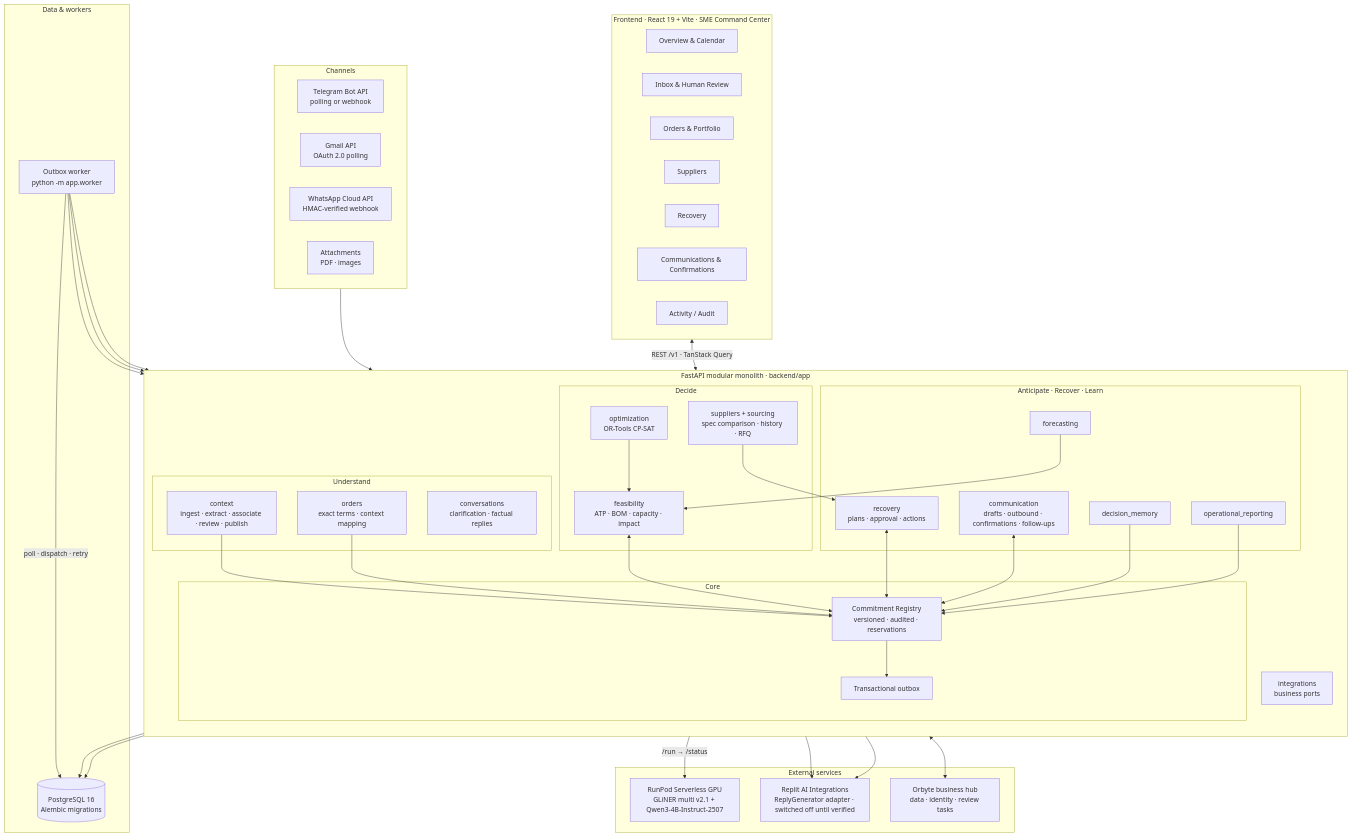
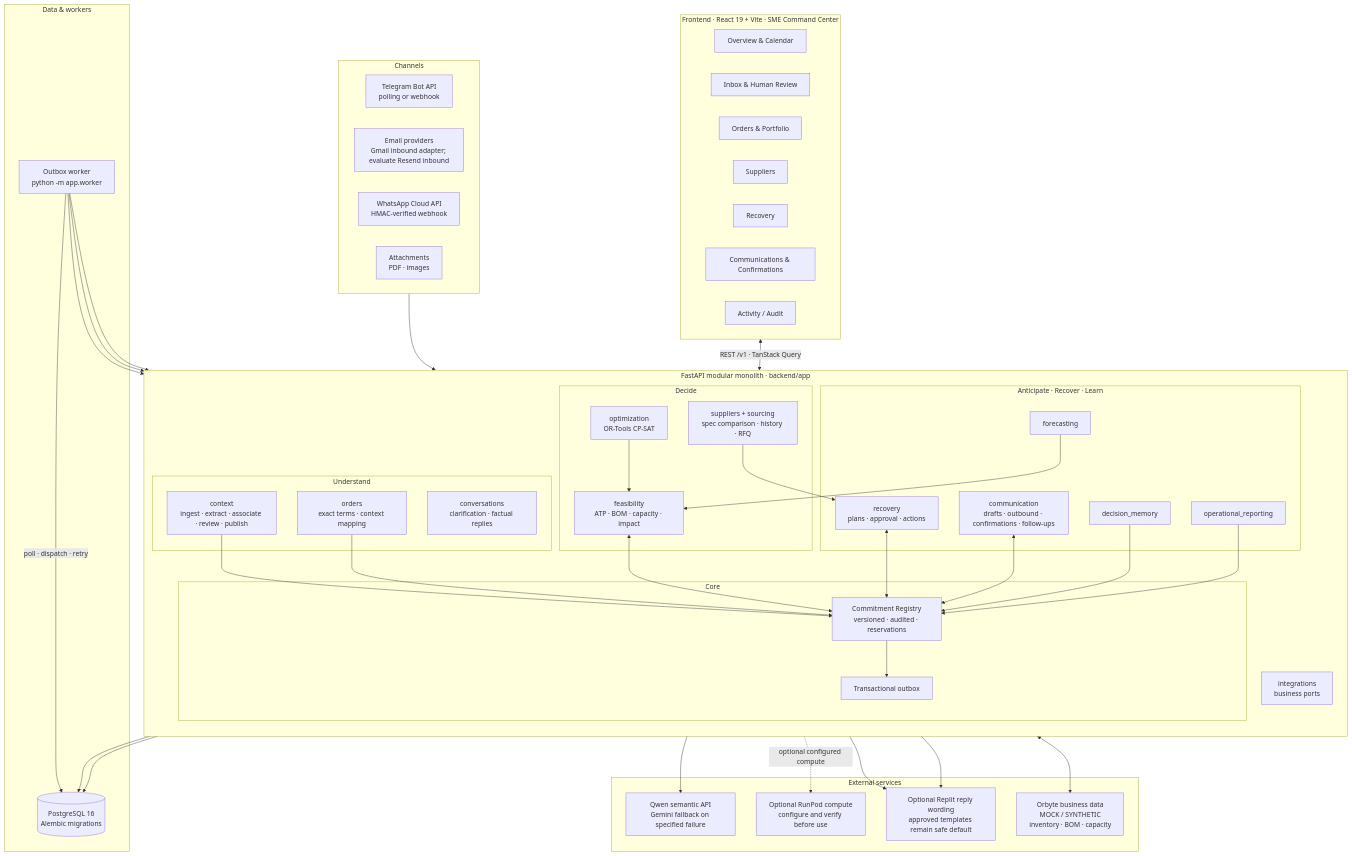
Before and after one commit to jiahui-1101/MouManTAI: the third of 8 diagrams in README.md, drawn with Mermaid. The commit also changed other lines of this file, not shown here.

```diff
--- a/README.md
+++ b/README.md
@@ -177,7 +204,7 @@
     subgraph CH["Channels"]
         direction LR
         TG["Telegram Bot API<br/>polling or webhook"]
-        GM["Gmail API<br/>OAuth 2.0 polling"]
+        GM["Email providers<br/>Gmail inbound adapter; evaluate Resend inbound"]
         WA["WhatsApp Cloud API<br/>HMAC-verified webhook"]
         ATT["Attachments<br/>PDF · images"]
     end
@@ -225,14 +252,16 @@
     end
 
     subgraph EXT["External services"]
-        RP["RunPod Serverless GPU<br/>GLiNER multi v2.1 + Qwen3-4B-Instruct-2507"]
-        RAI["Replit AI Integrations<br/>ReplyGenerator adapter · switched off until verified"]
-        ORB["Orbyte business hub<br/>data · identity · review tasks"]
+        LLM["Qwen semantic API<br/>Gemini fallback on specified failure"]
+        RP["Optional RunPod compute<br/>configure and verify before use"]
+        RAI["Optional Replit reply wording<br/>approved templates remain safe default"]
+        ORB["Orbyte business data<br/>MOCK / SYNTHETIC<br/>inventory · BOM · capacity"]
     end
 
     CH --> CTX
     FE <-->|"REST /v1 · TanStack Query"| API
-    CTX -->|"/run → /status"| RP
+    CTX --> LLM
+    CTX -. optional configured compute .-> RP
     CONV --> RAI
     COMM --> RAI
     INTG <--> ORB
```
